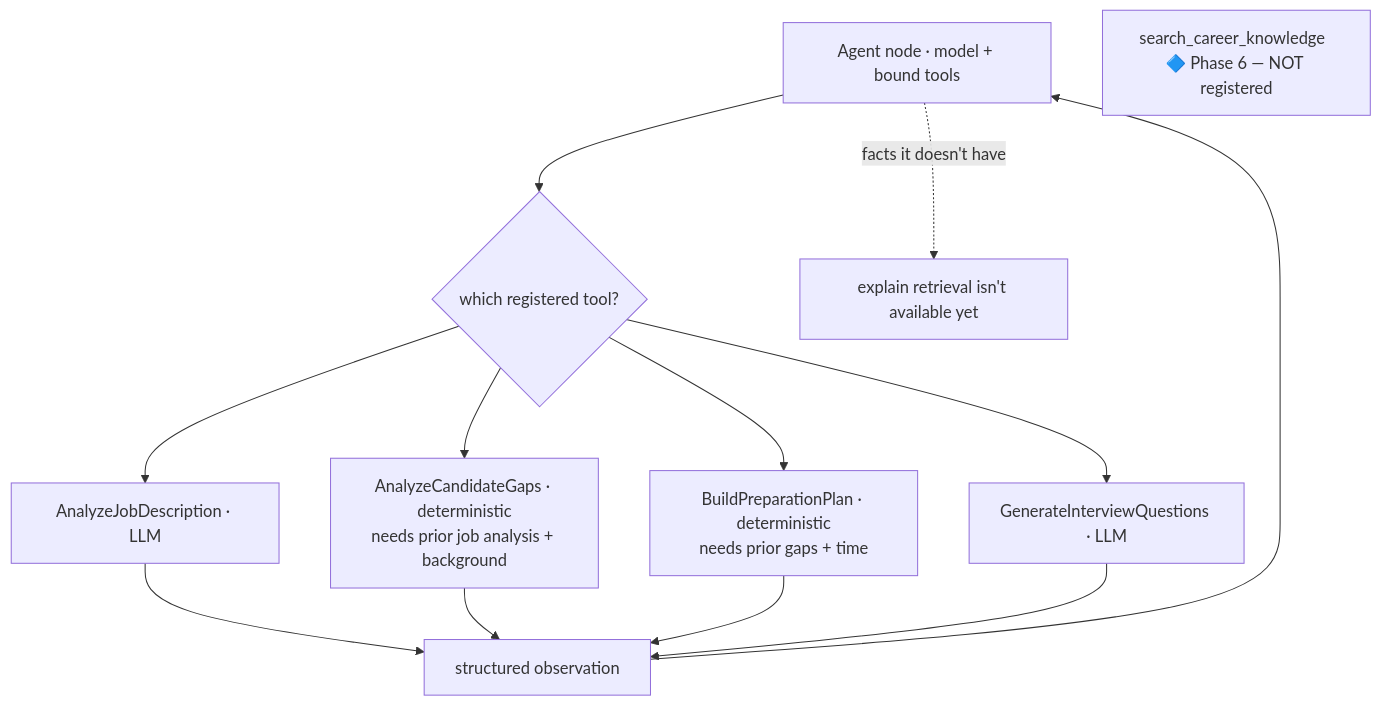
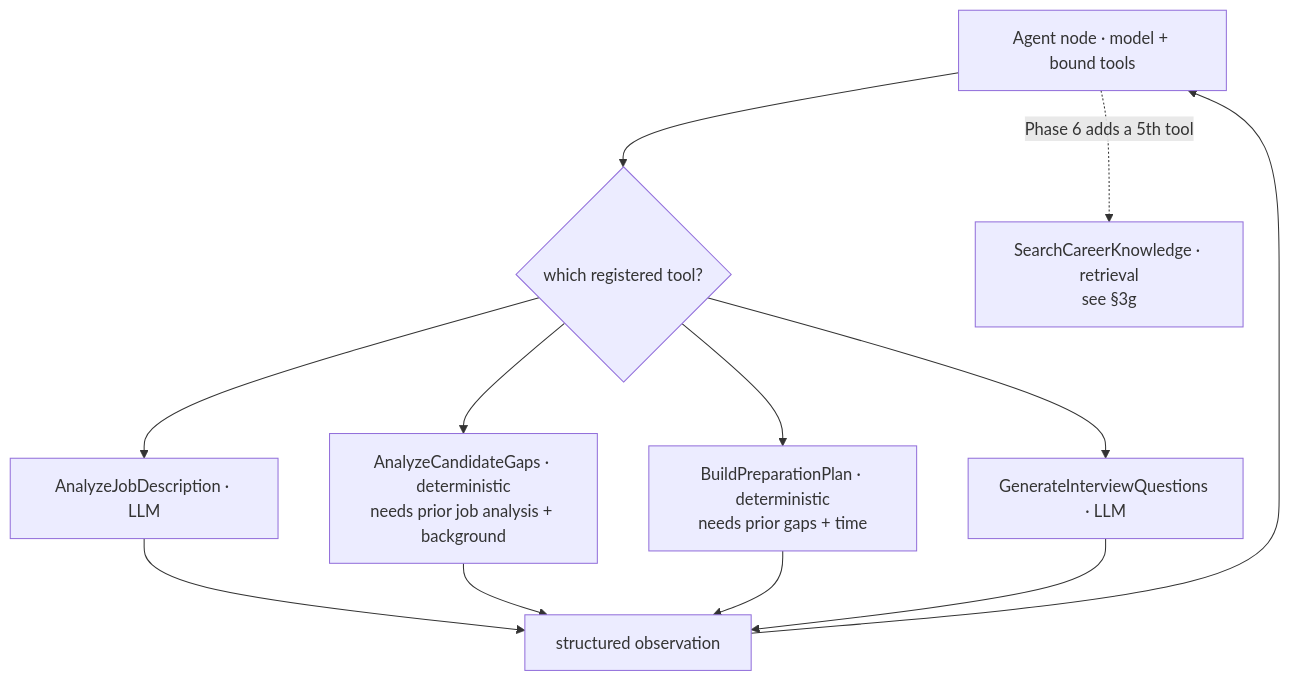
The eighth of 9 diagrams in docs/sprint4_architecture.md (moaltamimi-unbiasedtalent/Intelligent-Interview-Coach), drawn with Mermaid before and after one commit. The commit also changed other lines of this file and 4 other files, not shown here.

First line of the commit message:
docs: document Phase 6 agentic RAG (retrieval as an agent-selectable tool)

````diff
--- a/docs/sprint4_architecture.md
+++ b/docs/sprint4_architecture.md
@@ -335,11 +336,10 @@
 ```mermaid
 flowchart TD
     AG[Agent node · model + bound tools] --> SEL{which registered tool?}
     SEL --> T1[AnalyzeJobDescription · LLM]
     SEL --> T2[AnalyzeCandidateGaps · deterministic<br/>needs prior job analysis + background]
     SEL --> T3[BuildPreparationPlan · deterministic<br/>needs prior gaps + time]
     SEL --> T4[GenerateInterviewQuestions · LLM]
     T1 & T2 & T3 & T4 --> OBS[structured observation] --> AG
-    AG -. facts it doesn't have .-> SAY[explain retrieval isn't available yet]
-    RET[search_career_knowledge  🔷 Phase 6 — NOT registered]
+    AG -. Phase 6 adds a 5th tool .-> RET[SearchCareerKnowledge · retrieval<br/>see §3g]
 ```
````
